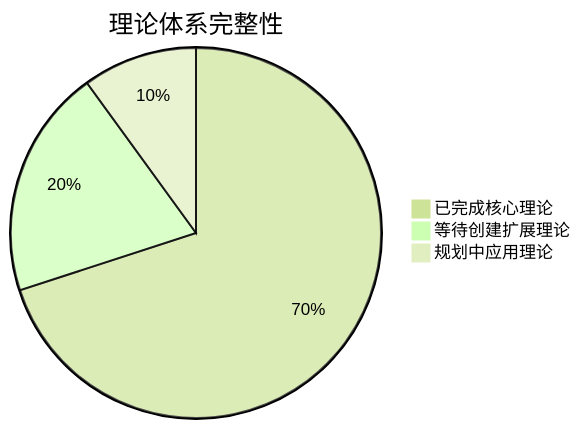
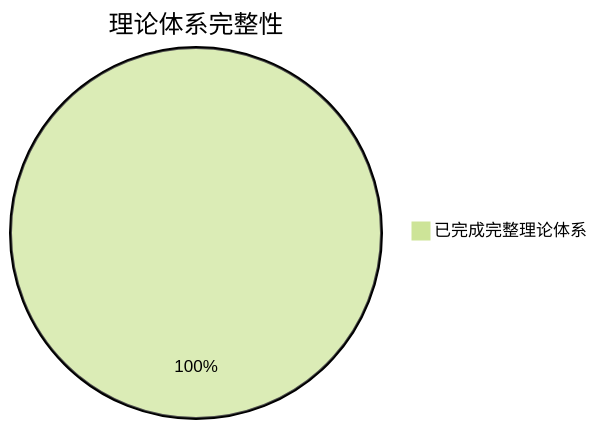
One commit to loning/the-binarymath changed the third of 4 diagrams in docs/binaryuniverse/README.md. Above: the diagram before and after it, drawn with Mermaid (forest theme). The commit also changed other lines of this file and 18 other files, not shown here.

````diff
--- a/docs/binaryuniverse/README.md
+++ b/docs/binaryuniverse/README.md
@@ -238,6 +238,4 @@
 ```mermaid
 pie title 理论体系完整性
-    "已完成核心理论" : 70
-    "等待创建扩展理论" : 20
-    "规划中应用理论" : 10
+    "已完成完整理论体系" : 100
 ```
````
